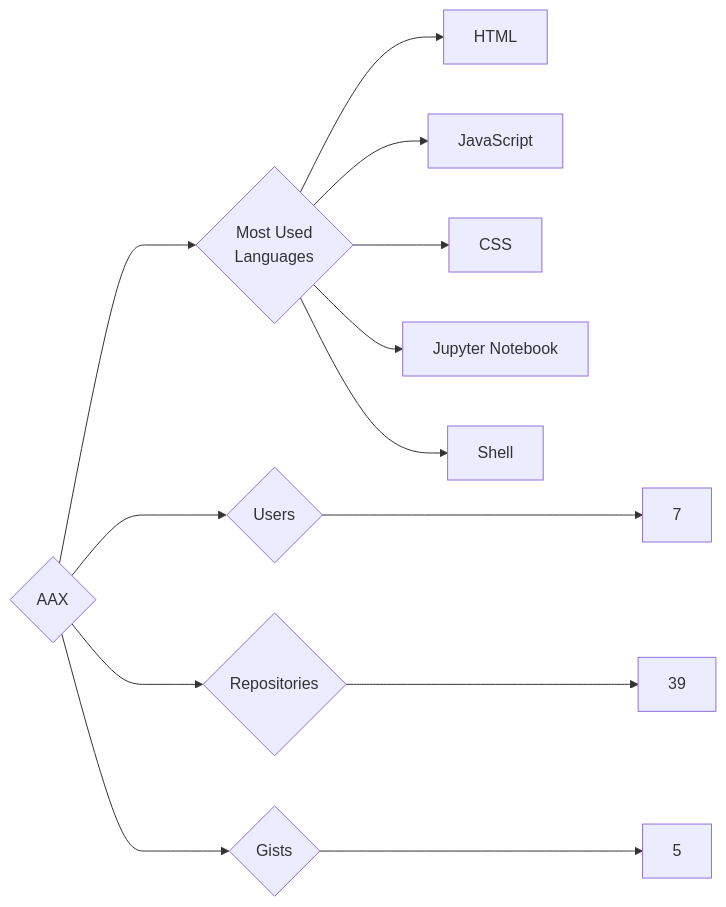
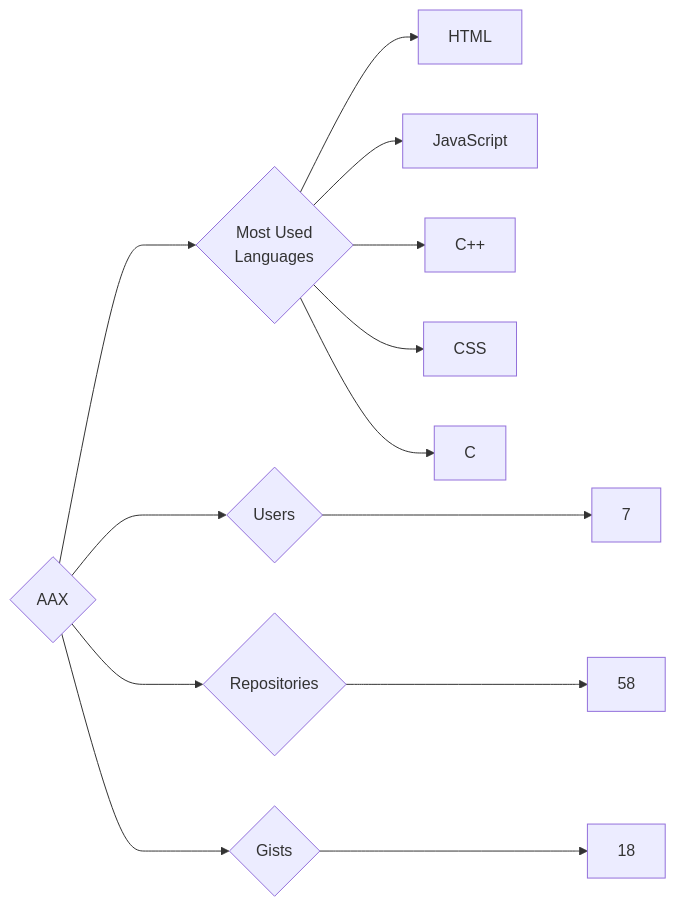
Before and after one commit to trickest/insiders: the diagram in targets/AAX/README.md, drawn with Mermaid. The commit also changed 1055 other files, not shown here.

````diff
--- a/targets/AAX/README.md
+++ b/targets/AAX/README.md
@@ -3,13 +3,13 @@
 ```mermaid
 graph LR
 COMPANY_NAME{AAX}
 COMPANY_NAME ---> U{Users} ---> UN[7]
-COMPANY_NAME ---> R{Repositories} ---> RN[39]
-COMPANY_NAME ---> G{Gists} ---> GN[5]
+COMPANY_NAME ---> R{Repositories} ---> RN[58]
+COMPANY_NAME ---> G{Gists} ---> GN[18]
 COMPANY_NAME ---> ML{Most Used<br>Languages}
 ML --> HTML[HTML]
 ML --> JavaScript[JavaScript]
+ML --> C++[C++]
 ML --> CSS[CSS]
-ML --> Jupyter_Notebook[Jupyter Notebook]
-ML --> Shell[Shell]
+ML --> C[C]
 ```
````
